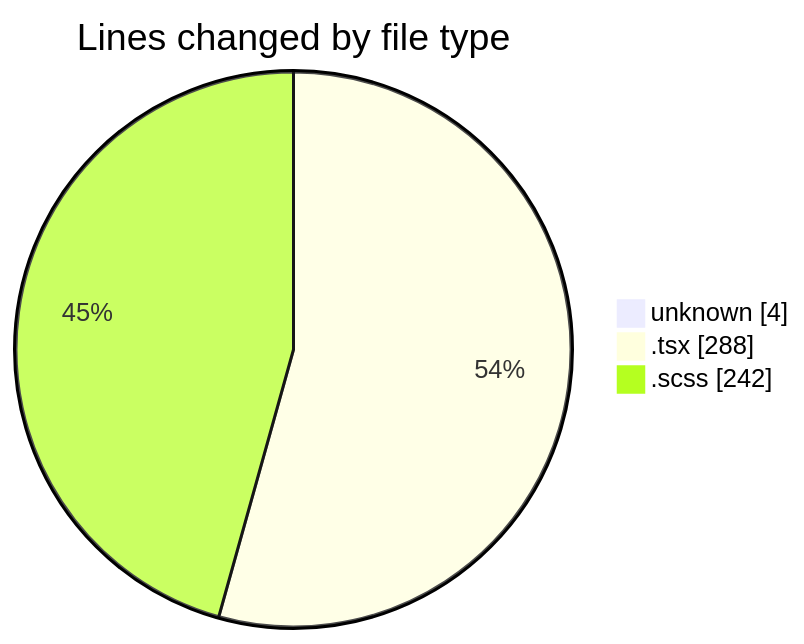
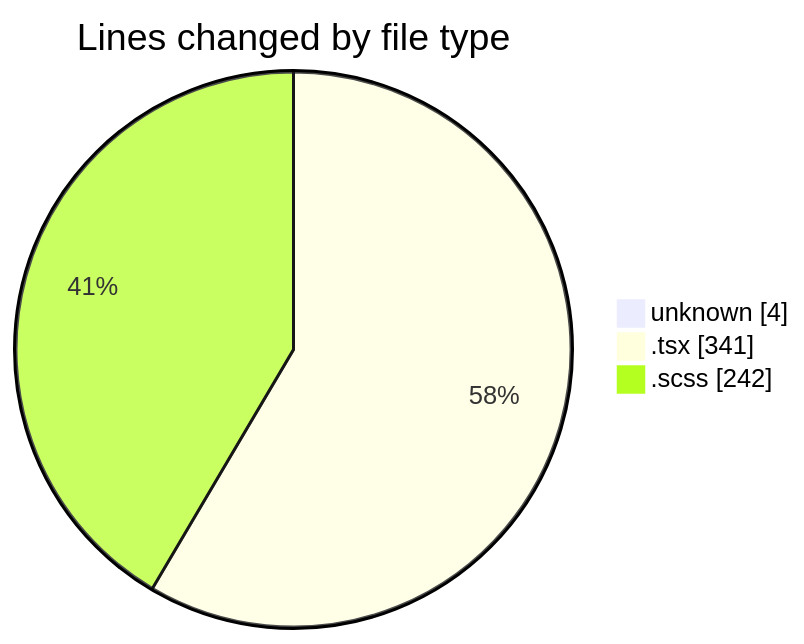
Before and after one commit to momahboobian/code-tracking: the first of 2 diagrams in 2025-02-14/cda/README.md, drawn with Mermaid. The commit also changed other lines of this file and 1 other file, not shown here.

````diff
--- a/2025-02-14/cda/README.md
+++ b/2025-02-14/cda/README.md
@@ -22,7 +22,7 @@
 ```mermaid
 pie showData
 title Lines changed by file type
 "unknown" : 4
-".tsx" : 288
+".tsx" : 341
 ".scss" : 242
 ```
````
